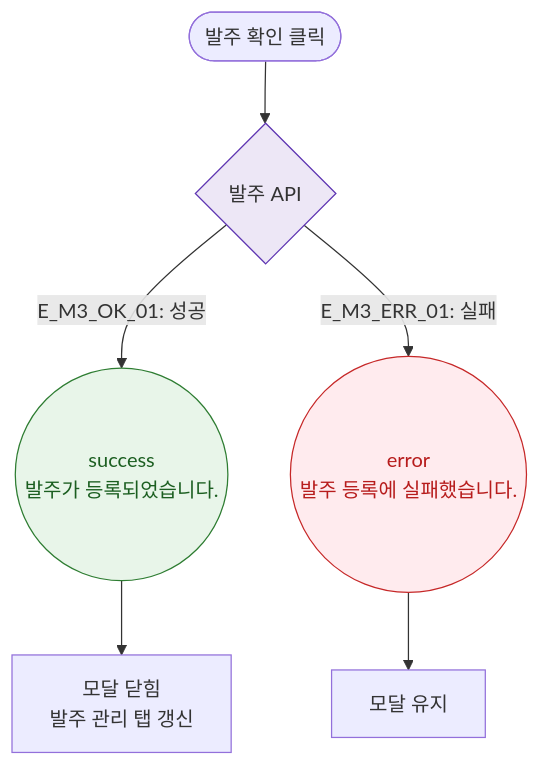
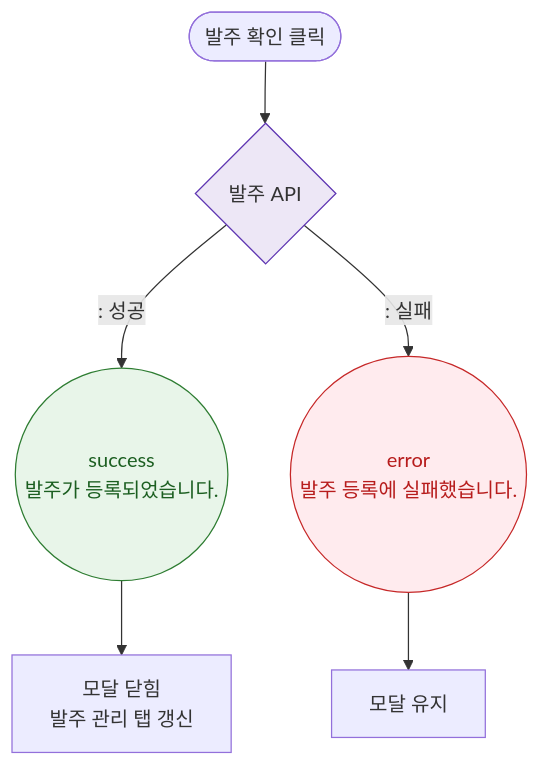
One commit to dev-spogym/admin-pando changed the diagram in docs/다이어그램/D06_시설관리/DLG/DLG-057-003_발주생성/M3_결과분기.md. Above: the diagram before and after it, drawn with Mermaid. The commit also changed other lines of this file and 1660 other files, not shown here.

First line of the commit message:
다이어그램: 기획자/클라이언트 납품본으로 정리

````diff
--- a/docs/다이어그램/D06_시설관리/DLG/DLG-057-003_발주생성/M3_결과분기.md
+++ b/docs/다이어그램/D06_시설관리/DLG/DLG-057-003_발주생성/M3_결과분기.md
@@ -16,15 +14,15 @@
 ```mermaid
 flowchart TD
     ACTION([발주 확인 클릭]) --> OrderAPI{발주 API}
-    OrderAPI -->|"E_M3_OK_01: 성공"| SuccessToast((success\n발주가 등록되었습니다.))
-    OrderAPI -->|"E_M3_ERR_01: 실패"| ErrToast((error\n발주 등록에 실패했습니다.))
+    OrderAPI -->|": 성공"|SuccessToast((success\n발주가 등록되었습니다.))
+    OrderAPI -->|": 실패"|ErrToast((error\n발주 등록에 실패했습니다.))
     SuccessToast --> CLOSE[모달 닫힘\n발주 관리 탭 갱신]
     ErrToast --> STAY[모달 유지]
 
     classDef success fill:#E8F5E9,stroke:#2E7D32,color:#1B5E20
     classDef error fill:#FFEBEE,stroke:#C62828,color:#B71C1C
     classDef system fill:#EDE7F6,stroke:#5E35B2
     class SuccessToast success
     class ErrToast error
     class OrderAPI system
 ```
````
